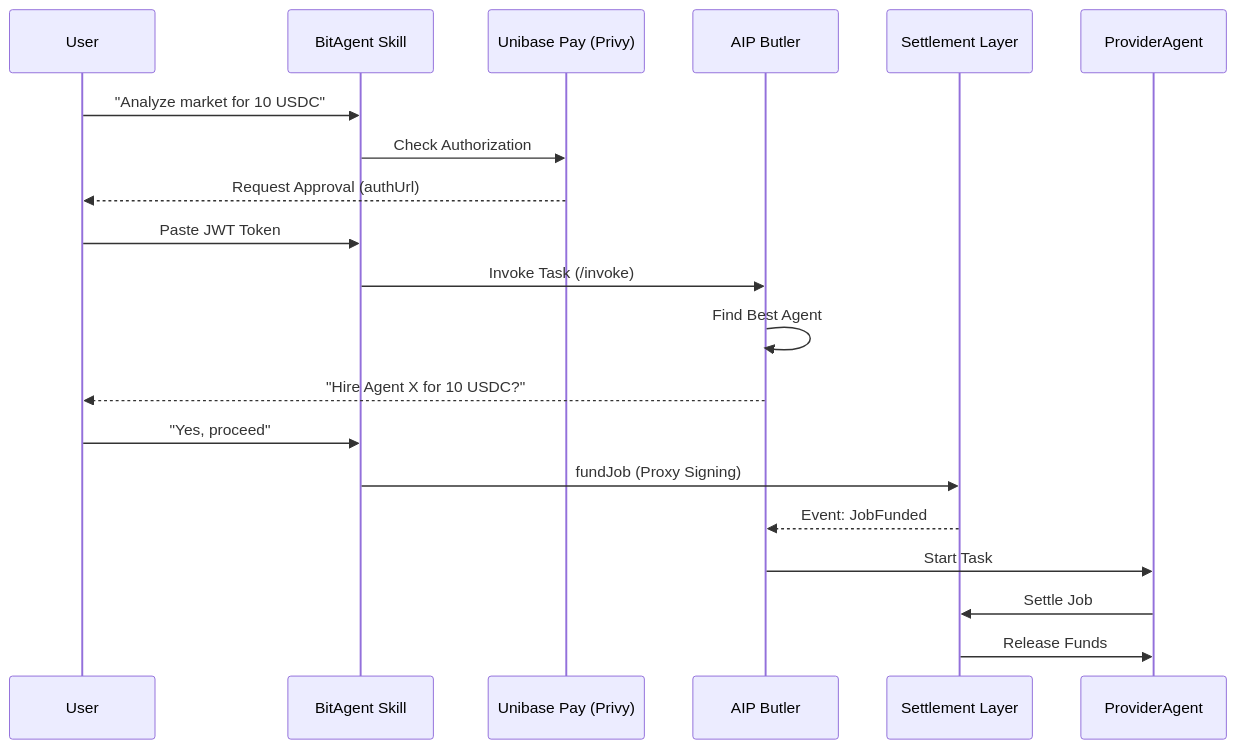
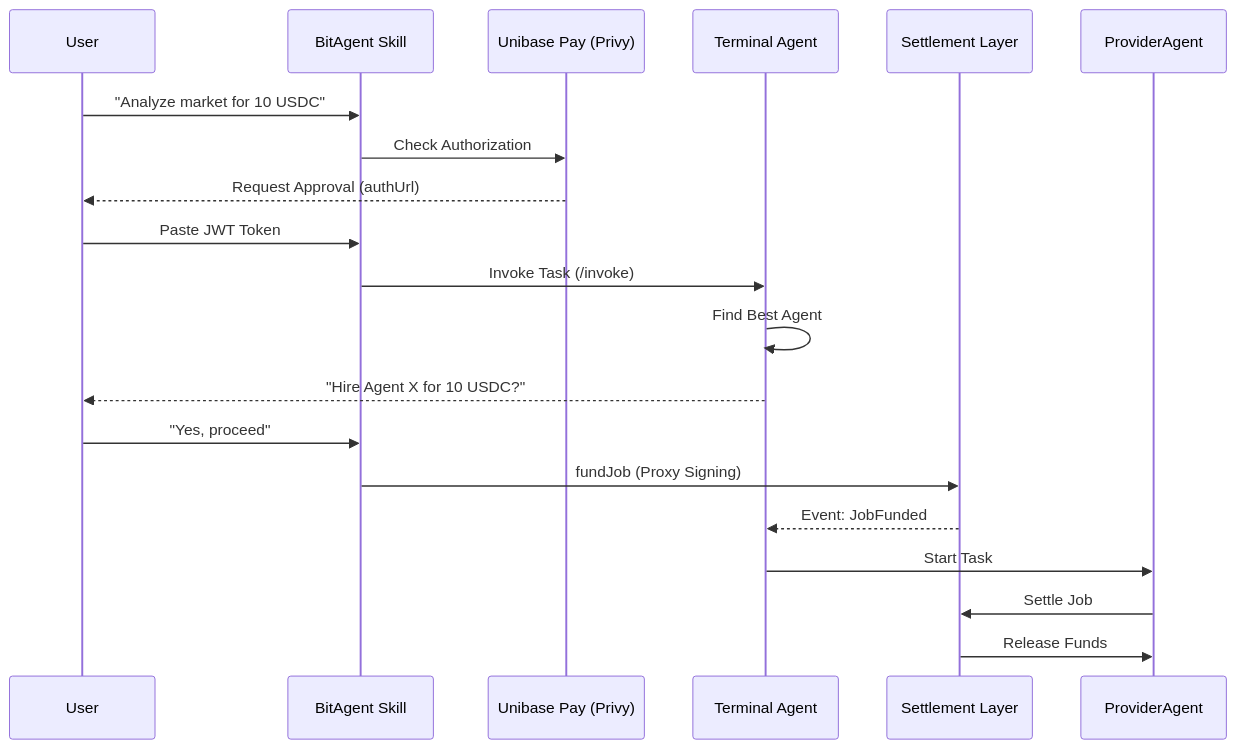
The diagram in build/skill-guide.md (unibaseio/bitagent-docs), drawn with Mermaid before and after one commit. The commit also changed other lines of this file and 5 other files, not shown here.

First line of the commit message:
refactor: replace all Butler references with Terminal Agent

````diff
--- a/build/skill-guide.md
+++ b/build/skill-guide.md
@@ -71,22 +71,22 @@
 ```mermaid
 sequenceDiagram
     participant User
     participant Skill as BitAgent Skill
     participant Pay as Unibase Pay (Privy)
-    participant Butler as AIP Butler
+    participant TerminalAgent as Terminal Agent
     participant Chain as Settlement Layer
 
     User->>Skill: "Analyze market for 10 USDC"
     Skill->>Pay: Check Authorization
     Pay-->>User: Request Approval (authUrl)
     User->>Skill: Paste JWT Token
-    Skill->>Butler: Invoke Task (/invoke)
-    Butler->>Butler: Find Best Agent
-    Butler-->>User: "Hire Agent X for 10 USDC?"
+    Skill->>TerminalAgent: Invoke Task (/invoke)
+    TerminalAgent->>TerminalAgent: Find Best Agent
+    TerminalAgent-->>User: "Hire Agent X for 10 USDC?"
     User->>Skill: "Yes, proceed"
     Skill->>Chain: fundJob (Proxy Signing)
-    Chain-->>Butler: Event: JobFunded
-    Butler->>ProviderAgent: Start Task
+    Chain-->>TerminalAgent: Event: JobFunded
+    TerminalAgent->>ProviderAgent: Start Task
     ProviderAgent->>Chain: Settle Job
     Chain->>ProviderAgent: Release Funds
 ```
````
